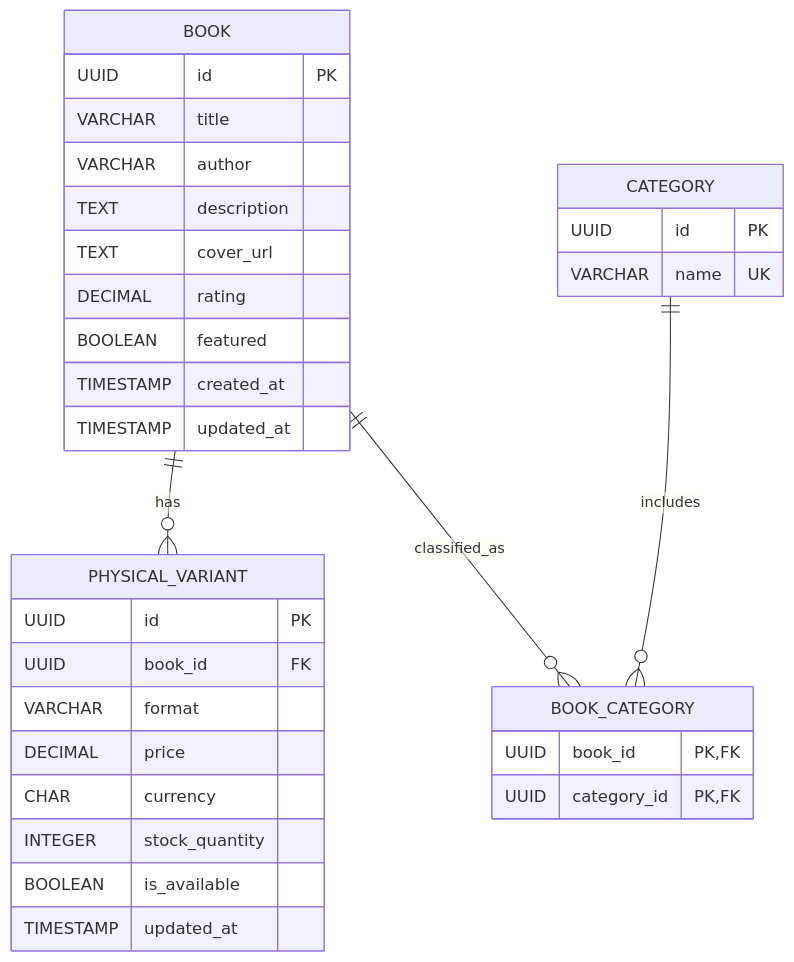
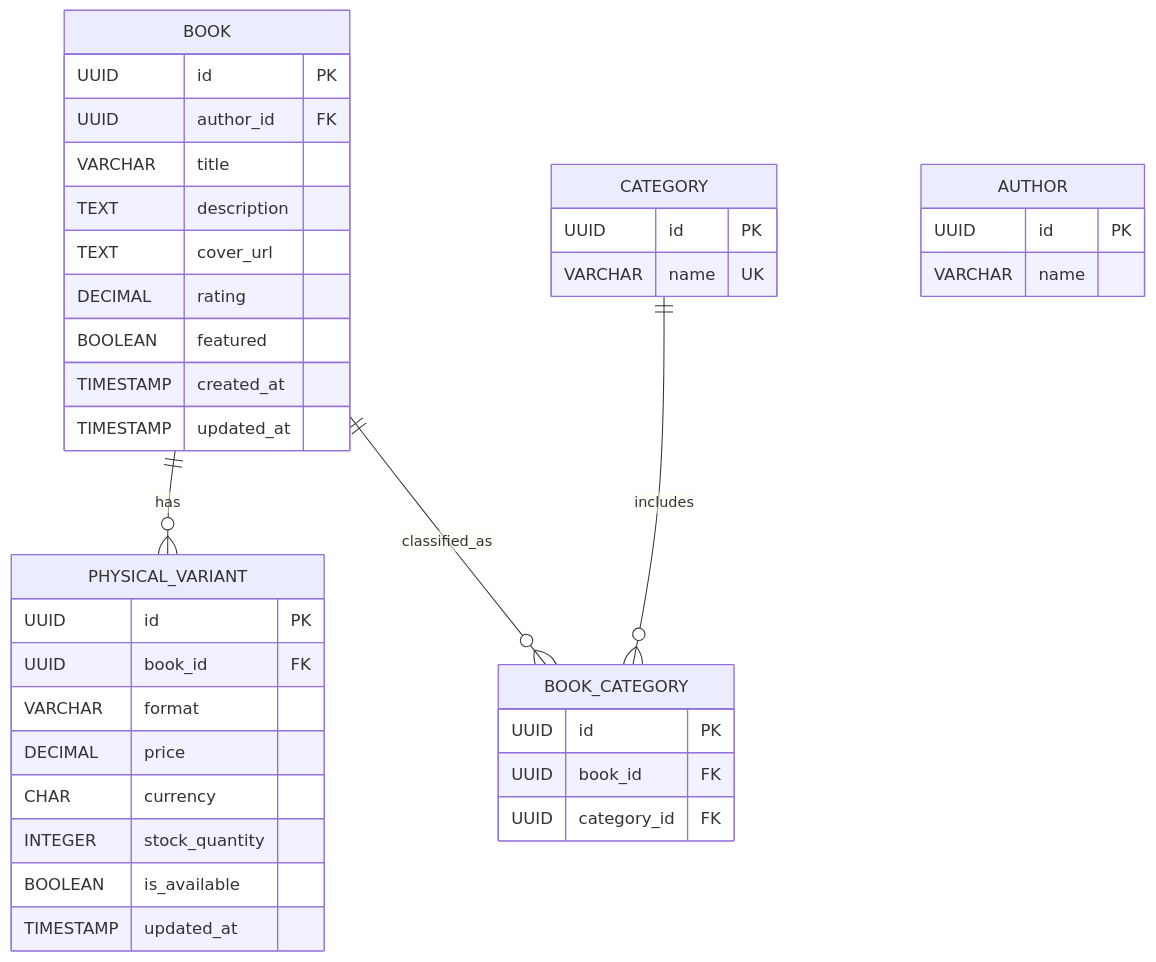
One commit to jisnasree/BookBloom changed the diagram in docs/features/catalog/catalog-database-architecture.md. Above: the diagram before and after it, drawn with Mermaid. The commit also changed other lines of this file and 11 other files, not shown here.

First line of the commit message:
Implement Admin API and Database Architecture Documentation

````diff
--- a/docs/features/catalog/catalog-database-architecture.md
+++ b/docs/features/catalog/catalog-database-architecture.md
@@ -64,39 +75,45 @@
 ```mermaid
 erDiagram
     BOOK ||--o{ PHYSICAL_VARIANT : has
     BOOK ||--o{ BOOK_CATEGORY : classified_as
     CATEGORY ||--o{ BOOK_CATEGORY : includes
 
     BOOK {
         UUID id PK
+        UUID author_id FK
         VARCHAR title
-        VARCHAR author
         TEXT description
         TEXT cover_url
         DECIMAL rating
         BOOLEAN featured
         TIMESTAMP created_at
         TIMESTAMP updated_at
     }
 
     CATEGORY {
         UUID id PK
         VARCHAR name UK
     }
 
+    AUTHOR {
+        UUID id PK
+        VARCHAR name
+    }
+
     BOOK_CATEGORY {
-        UUID book_id PK, FK
-        UUID category_id PK, FK
+        UUID id PK
+        UUID book_id FK
+        UUID category_id FK
     }
 
     PHYSICAL_VARIANT {
         UUID id PK
         UUID book_id FK
         VARCHAR format
         DECIMAL price
         CHAR currency
         INTEGER stock_quantity
         BOOLEAN is_available
         TIMESTAMP updated_at
     }
 ```
````
